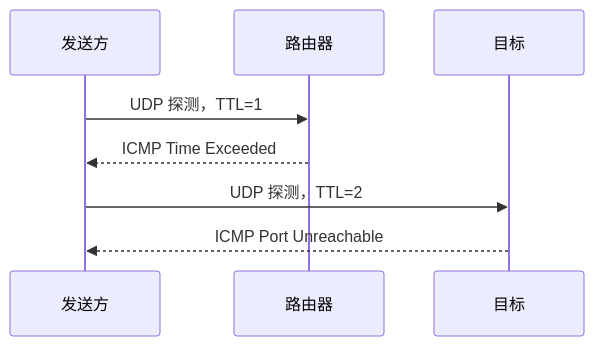
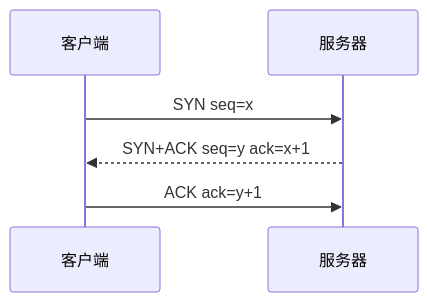
The first of 3 diagrams in app/agent/resource/skills/diagrams/SKILL.md (zzbazzzbaz/network-teaching-agent-v3), drawn with Mermaid before and after one commit. The commit also changed other lines of this file and 2 other files, not shown here.

First line of the commit message:
refactor: 重写配图 skill 为卡点驱动的图式指南

````diff
--- a/app/agent/resource/skills/diagrams/SKILL.md
+++ b/app/agent/resource/skills/diagrams/SKILL.md
@@ -145,10 +45,8 @@
 ```mermaid
 sequenceDiagram
-  participant S as 发送方
-  participant R as 路由器
-  participant D as 目标
-  S->>R: UDP 探测，TTL=1
-  R-->>S: ICMP Time Exceeded
-  S->>D: UDP 探测，TTL=2
-  D-->>S: ICMP Port Unreachable
+  participant C as 客户端
+  participant S as 服务器
+  C->>S: SYN seq=x
+  S-->>C: SYN+ACK seq=y ack=x+1
+  C->>S: ACK ack=y+1
 ```
````
